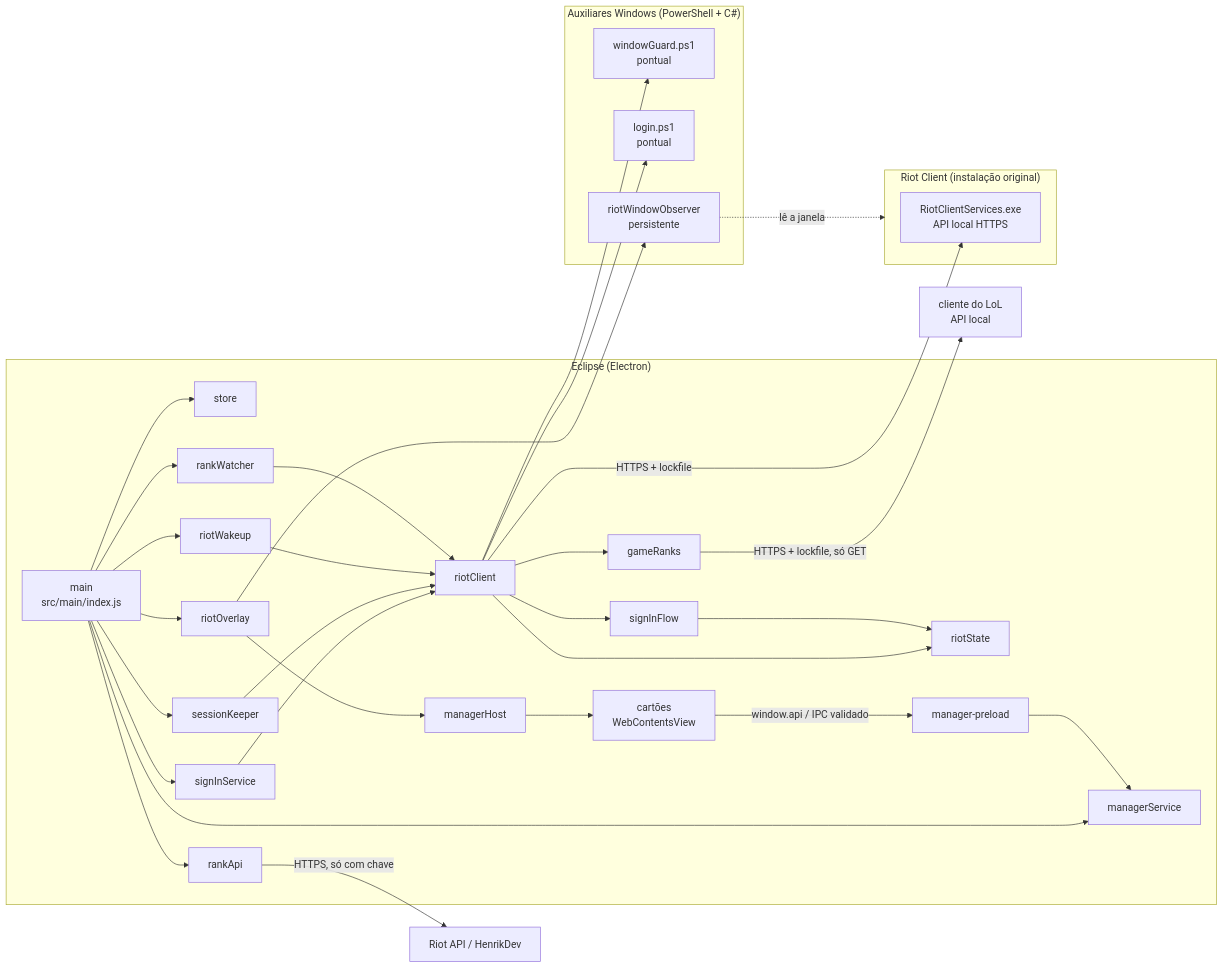
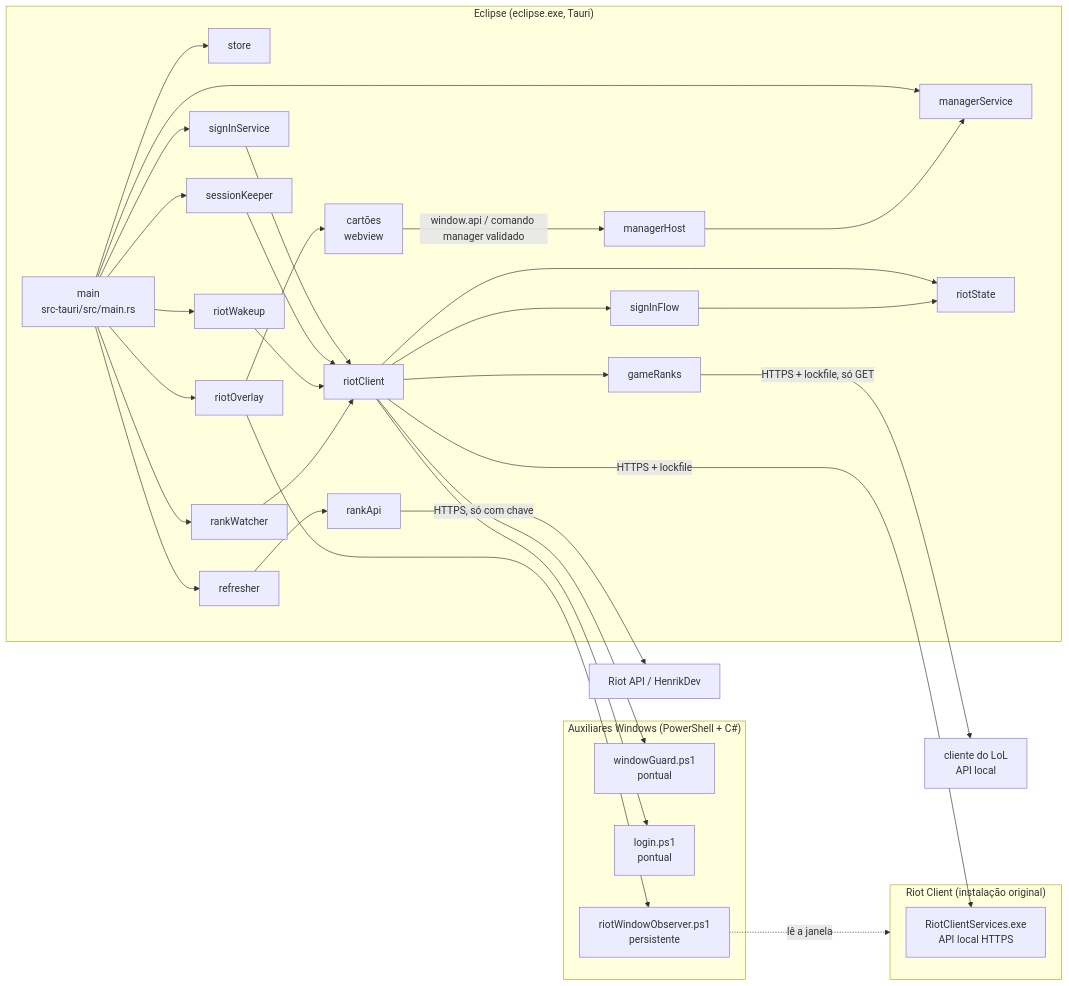
Before and after one commit to arthurmchd/eclipse: the first of 2 diagrams in docs/02 Arquitetura/Arquitetura.md, drawn with Mermaid. The commit also changed other lines of this file and 36 other files, not shown here.

````diff
--- a/docs/02 Arquitetura/Arquitetura.md
+++ b/docs/02 Arquitetura/Arquitetura.md
@@ -14,43 +14,43 @@
 ```mermaid
 flowchart LR
-  subgraph Eclipse["Eclipse (Electron)"]
-    M["main<br/>src/main/index.js"] --> MS[managerService]
+  subgraph Eclipse["Eclipse (eclipse.exe, Tauri)"]
+    M["main<br/>src-tauri/src/main.rs"] --> MS[managerService]
     M --> S[store]
     M --> SS[signInService]
-    M --> RA[rankApi]
+    M --> RF[refresher]
     M --> SK[sessionKeeper]
     M --> WK[riotWakeup]
     M --> RW[rankWatcher]
     M --> OV[riotOverlay]
+    RF --> RA[rankApi]
     SS --> RC[riotClient]
     SK --> RC
     WK --> RC
     RW --> RC
     RC --> SF[signInFlow]
     RC --> ST[riotState]
     RC --> GR[gameRanks]
     SF --> ST
-    OV --> MH[managerHost]
-    MH --> V["cartões<br/>WebContentsView"]
-    V -- "window.api / IPC validado" --> MP[manager-preload]
-    MP --> MS
+    OV --> V["cartões<br/>webview"]
+    V -- "window.api / comando manager validado" --> MH[managerHost]
+    MH --> MS
   end
 
   subgraph Windows["Auxiliares Windows (PowerShell + C#)"]
     WG["windowGuard.ps1<br/>pontual"]
     LG["login.ps1<br/>pontual"]
-    OB["riotWindowObserver<br/>persistente"]
+    OB["riotWindowObserver.ps1<br/>persistente"]
   end
 
   subgraph Riot["Riot Client (instalação original)"]
     RCS["RiotClientServices.exe<br/>API local HTTPS"]
   end
 
   RC -- "HTTPS + lockfile" --> RCS
   GR -- "HTTPS + lockfile, só GET" --> LCU["cliente do LoL<br/>API local"]
   RC --> WG
   RC --> LG
   OV --> OB
   OB -. "lê a janela" .-> Riot
   RA -- "HTTPS, só com chave" --> APIs["Riot API / HenrikDev"]
 ```
````
